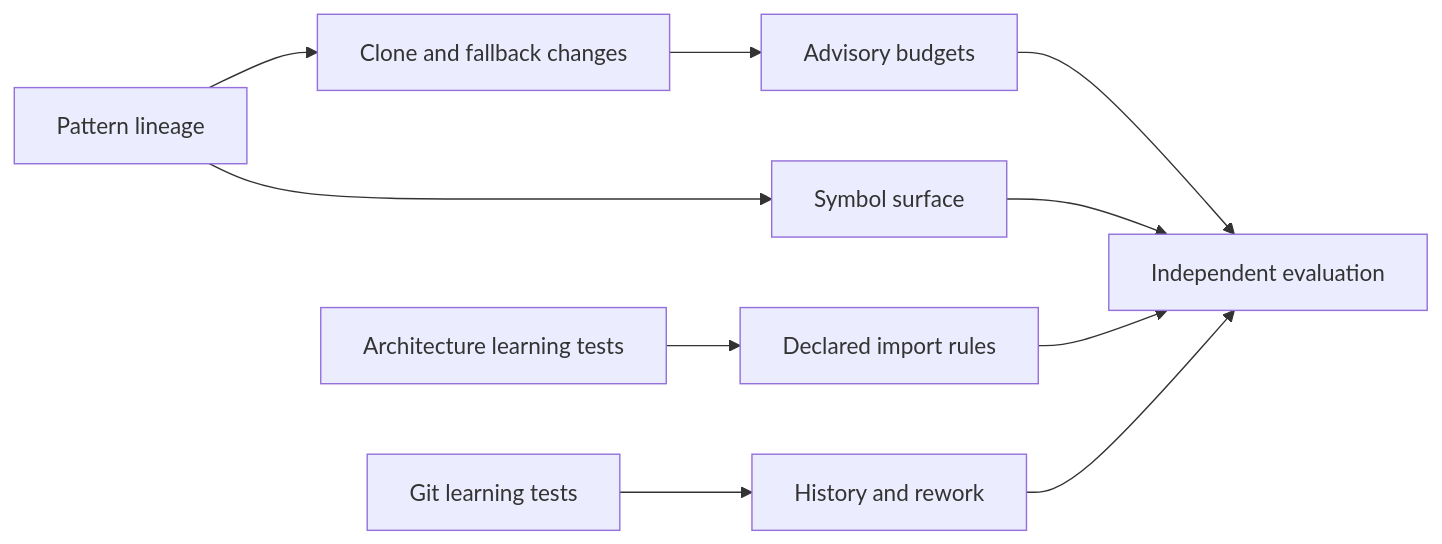
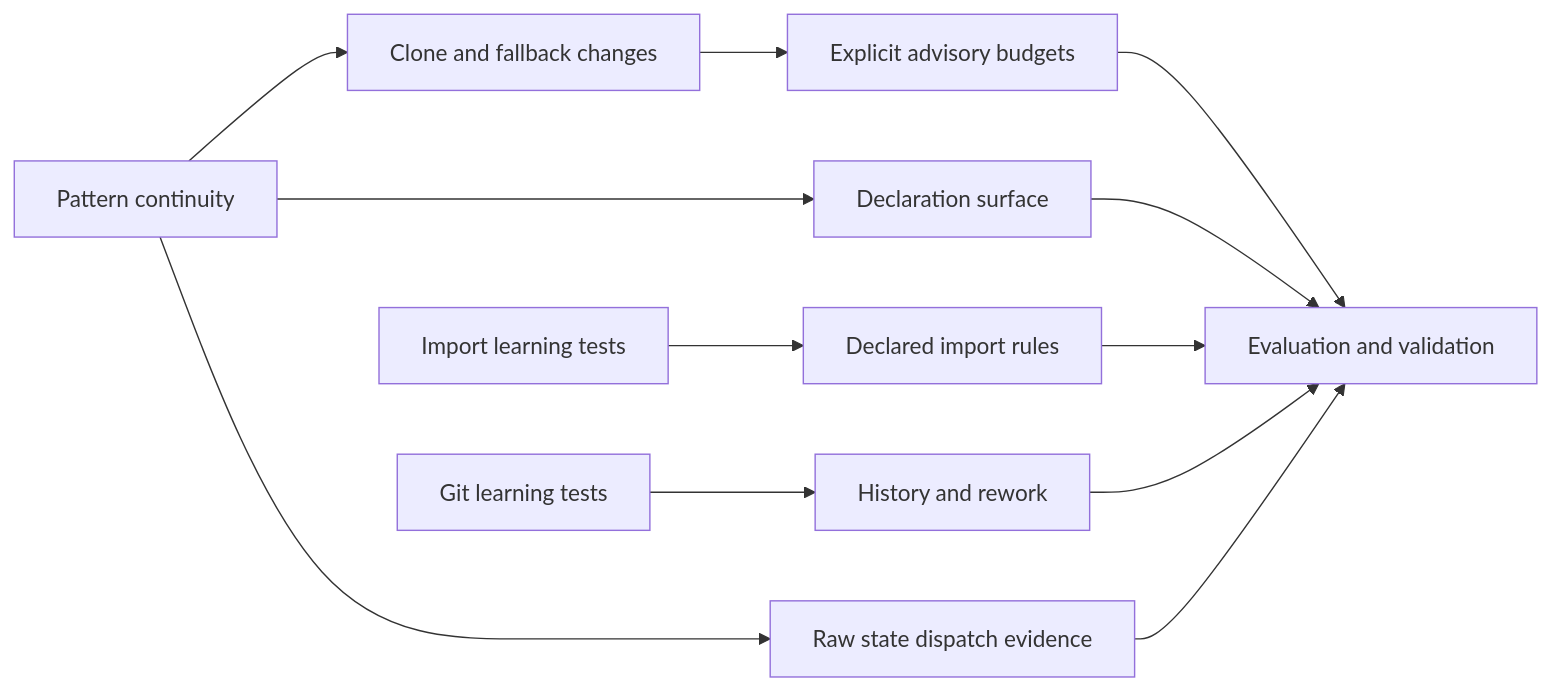
One commit to fdsprod/slopmeter changed the diagram in .specs/python-slop-detector/change-evidence-plan.md. Above: the diagram before and after it, drawn with Mermaid. The commit also changed other lines of this file and 2 other files, not shown here.

Commit message:
docs: describe change evidence commands and validation scope

````diff
--- a/.specs/python-slop-detector/change-evidence-plan.md
+++ b/.specs/python-slop-detector/change-evidence-plan.md
@@ -22,12 +25,14 @@
 ```mermaid
 flowchart LR
-  P[Pattern lineage] --> C[Clone and fallback changes]
-  C --> B[Advisory budgets]
-  P --> S[Symbol surface]
-  AR[Architecture learning tests] --> A[Declared import rules]
+  P[Pattern continuity] --> C[Clone and fallback changes]
+  C --> B[Explicit advisory budgets]
+  P --> S[Declaration surface]
+  AR[Import learning tests] --> A[Declared import rules]
   HR[Git learning tests] --> H[History and rework]
-  B --> E[Independent evaluation]
+  P --> D[Raw state dispatch evidence]
+  B --> E[Evaluation and validation]
   S --> E
   A --> E
   H --> E
+  D --> E
 ```
````
